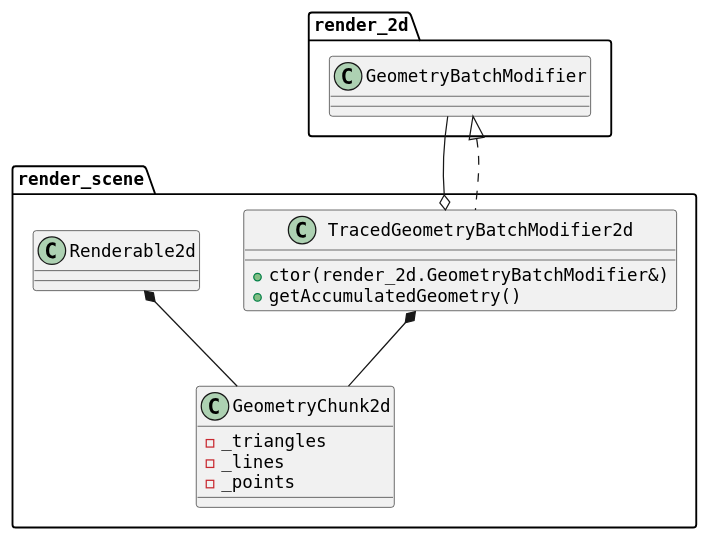
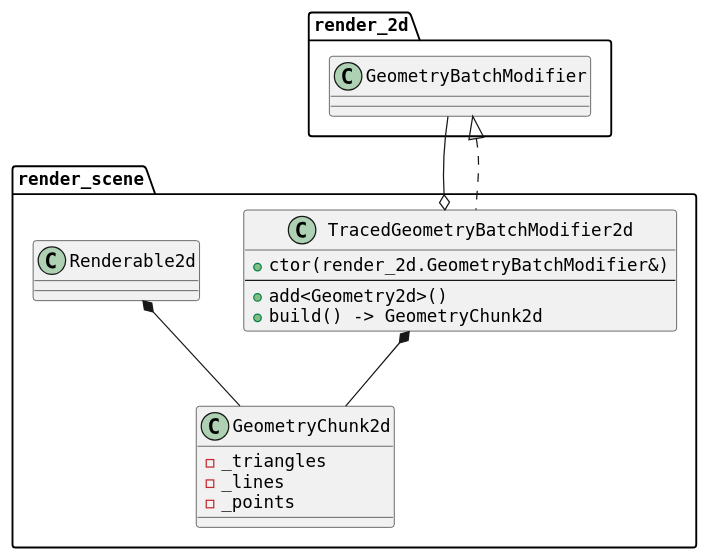
The diagram in uml/Render/RenderScene/renderable.puml (master-clown/TbaEngine), drawn with PlantUML before and after one commit. The commit also changed 1 other file, not shown here.

Commit message:
260518: Fix `RenderScene` UML diagrams

```diff
--- a/uml/Render/RenderScene/renderable.puml
+++ b/uml/Render/RenderScene/renderable.puml
@@ -1,34 +1,36 @@
 @startuml
 
 top to bottom direction
 skinparam defaultFontName monospaced
 
 '=======================================================================================================================
 package render_2d {
     class GeometryBatchModifier
 }
 
 '=======================================================================================================================
 package render_scene {
     class GeometryChunk2d {
         - _triangles
         - _lines
         - _points
     }
 
     '===================================================================================================================
     class TracedGeometryBatchModifier2d implements render_2d.GeometryBatchModifier {
         + ctor(render_2d.GeometryBatchModifier&)
-        + getAccumulatedGeometry()
+        --
+        + add<Geometry2d>()
+        + build() -> GeometryChunk2d
     }
 
     '-------------------------------------------------------------------------------------------------------------------
     TracedGeometryBatchModifier2d o-- render_2d.GeometryBatchModifier
     TracedGeometryBatchModifier2d *-- GeometryChunk2d
 
     '===================================================================================================================
     Renderable2d *-- GeometryChunk2d
 }
 
 '=======================================================================================================================
 @enduml
```
